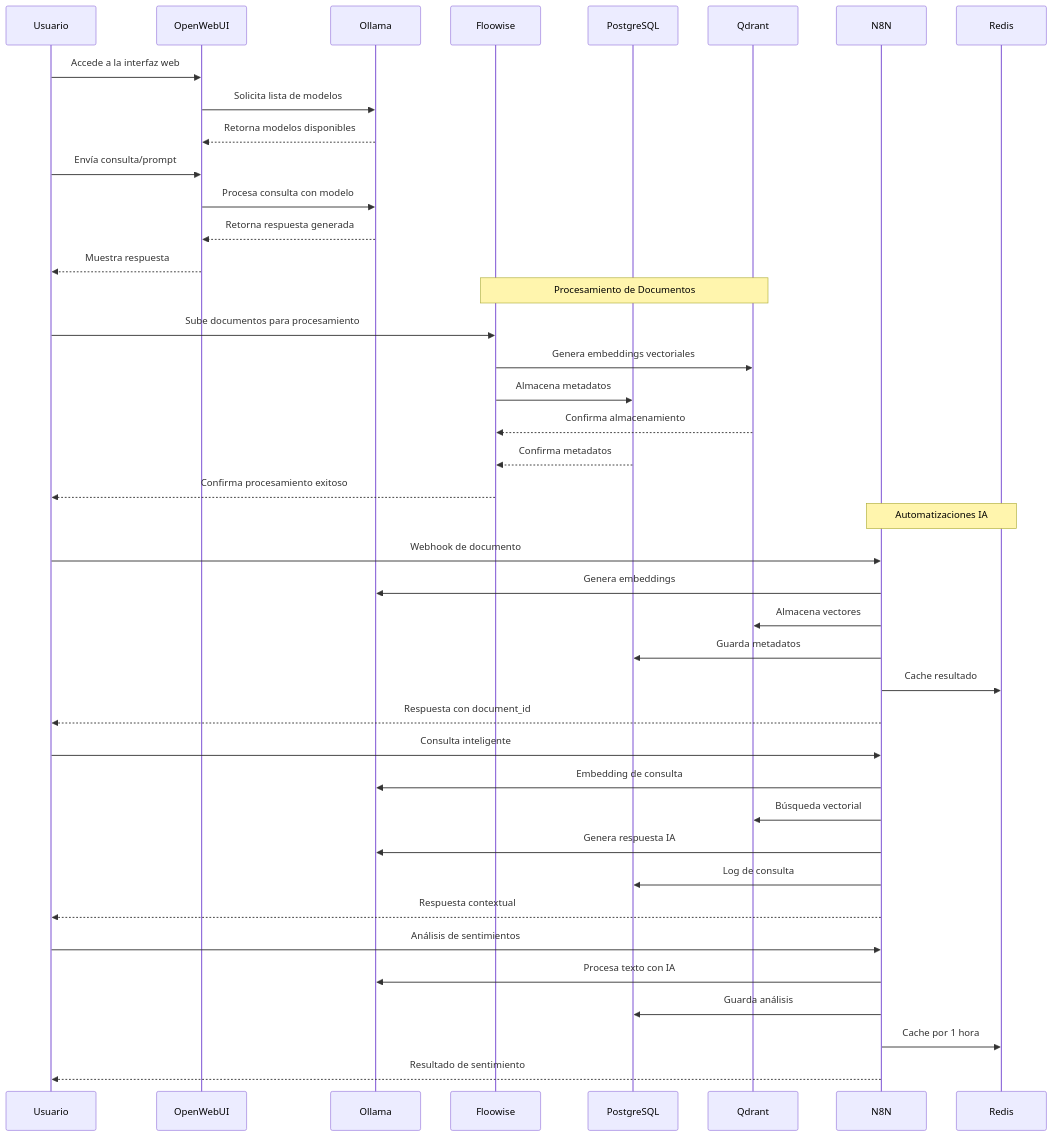
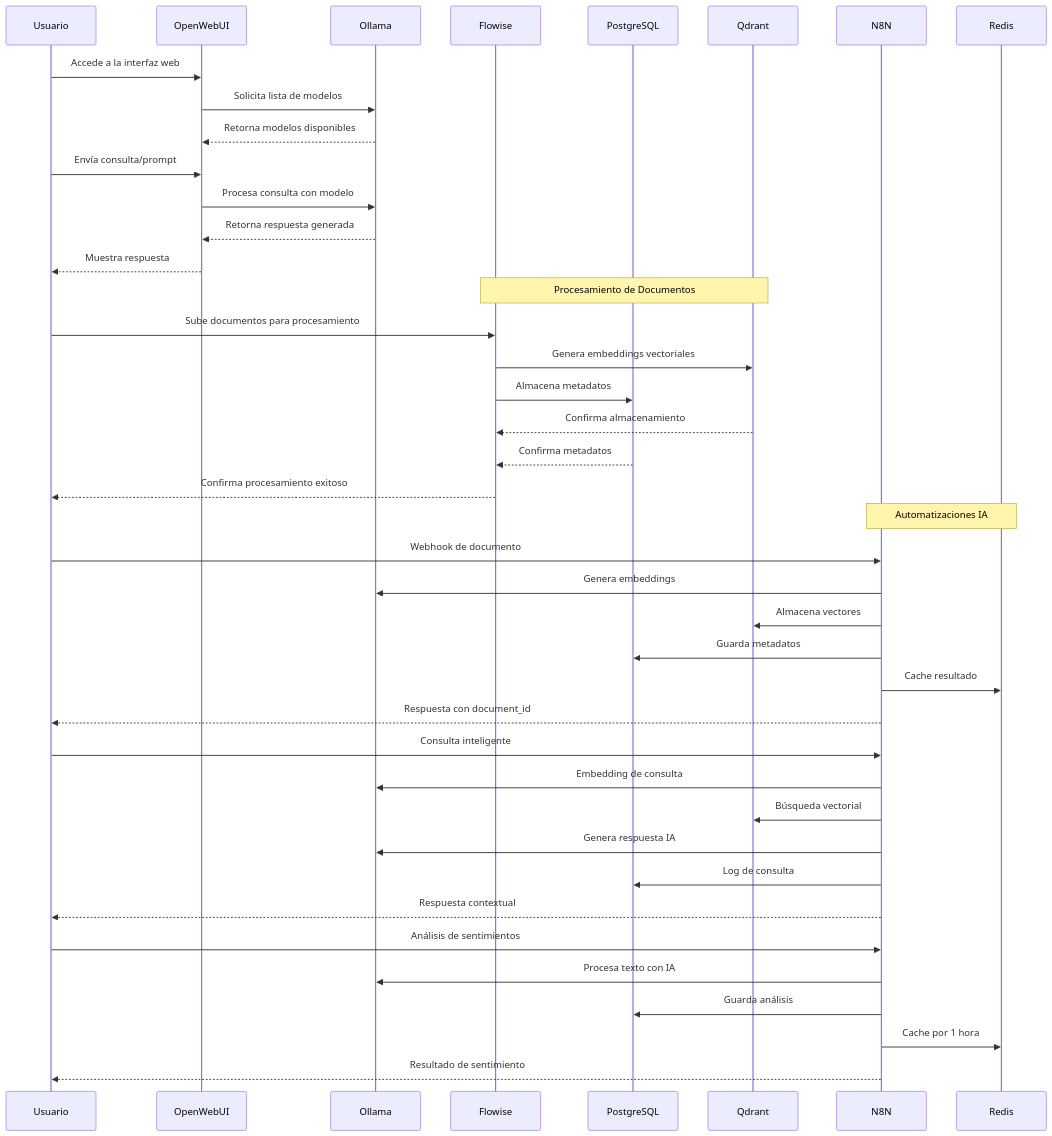
The second of 8 diagrams in README.md (EdissonGirald0/laboratorioAI), drawn with Mermaid before and after one commit. The commit also changed other lines of this file and 12 other files, not shown here.

````diff
--- a/README.md
+++ b/README.md
@@ -139,49 +141,49 @@
 ```mermaid
 sequenceDiagram
     participant U as Usuario
     participant UI as OpenWebUI
     participant OL as Ollama
-    participant FW as Floowise
+    participant FW as Flowise
     participant PG as PostgreSQL
     participant QD as Qdrant
     participant N8N as N8N
     participant RD as Redis
 
     U->>UI: Accede a la interfaz web
     UI->>OL: Solicita lista de modelos
     OL-->>UI: Retorna modelos disponibles
     
     U->>UI: Envía consulta/prompt
     UI->>OL: Procesa consulta con modelo
     OL-->>UI: Retorna respuesta generada
     UI-->>U: Muestra respuesta
     
     Note over FW,QD: Procesamiento de Documentos
     U->>FW: Sube documentos para procesamiento
     FW->>QD: Genera embeddings vectoriales
     FW->>PG: Almacena metadatos
     QD-->>FW: Confirma almacenamiento
     PG-->>FW: Confirma metadatos
     FW-->>U: Confirma procesamiento exitoso
     
     Note over N8N,RD: Automatizaciones IA
     U->>N8N: Webhook de documento
     N8N->>OL: Genera embeddings
     N8N->>QD: Almacena vectores
     N8N->>PG: Guarda metadatos
     N8N->>RD: Cache resultado
     N8N-->>U: Respuesta con document_id
     
     U->>N8N: Consulta inteligente
     N8N->>OL: Embedding de consulta
     N8N->>QD: Búsqueda vectorial
     N8N->>OL: Genera respuesta IA
     N8N->>PG: Log de consulta
     N8N-->>U: Respuesta contextual
     
     U->>N8N: Análisis de sentimientos
     N8N->>OL: Procesa texto con IA
     N8N->>PG: Guarda análisis
     N8N->>RD: Cache por 1 hora
     N8N-->>U: Resultado de sentimiento
 ```
````
